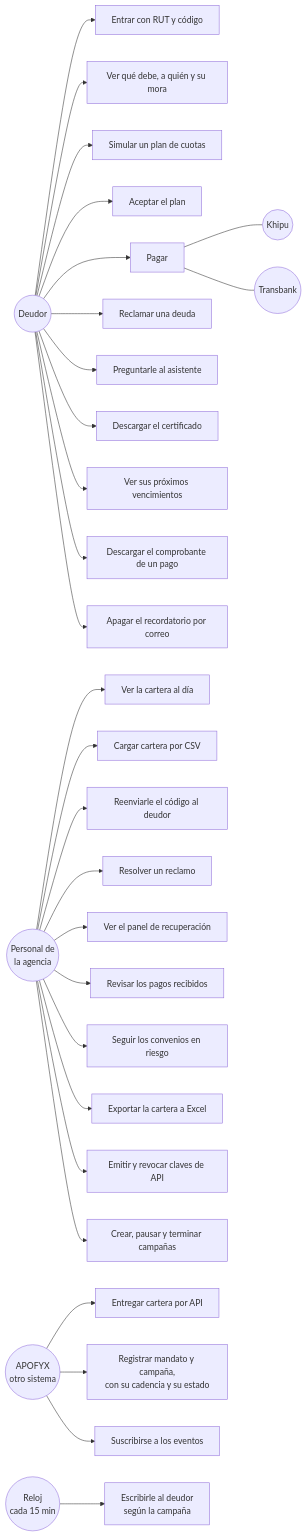
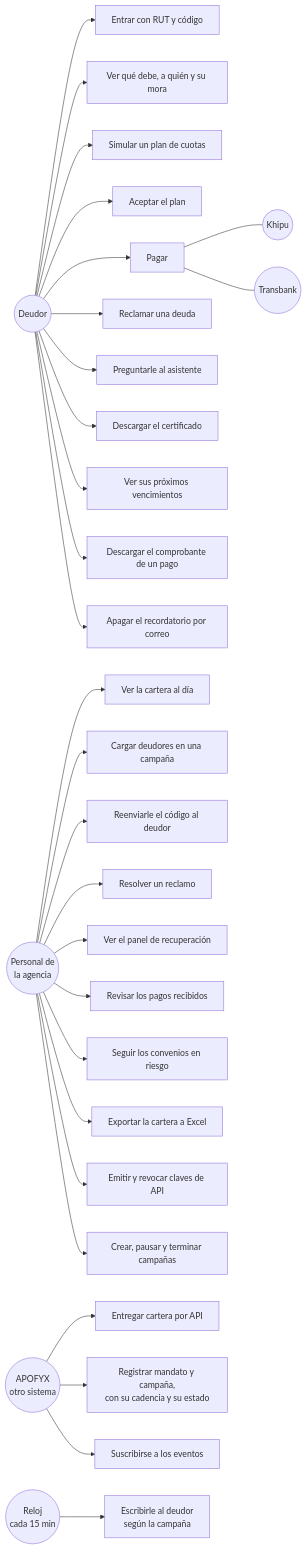
The fifth of 15 diagrams in README.md (TechnicalBridge/DataBridge), drawn with Mermaid before and after one commit. The commit also changed other lines of this file and 19 other files, not shown here.

Commit message:
feat(portal, ms-debt): Cargar la cartera dentro de una campaña, revisándola antes de confirmar

````diff
--- a/README.md
+++ b/README.md
@@ -1067,40 +1068,40 @@
 ```mermaid
 flowchart LR
     DEU(("Deudor"))
     EMP(("Personal de<br/>la agencia"))
     SIS(("APOFYX<br/>otro sistema"))
     KHP(("Khipu"))
     TBK(("Transbank"))
     REL(("Reloj<br/>cada 15 min"))
 
     DEU --> U1["Entrar con RUT y código"]
     DEU --> U2["Ver qué debe, a quién y su mora"]
     DEU --> U3["Simular un plan de cuotas"]
     DEU --> U4["Aceptar el plan"]
     DEU --> U5["Pagar"]
     DEU --> U22["Reclamar una deuda"]
     DEU --> U6["Preguntarle al asistente"]
     DEU --> U7["Descargar el certificado"]
     DEU --> U15["Ver sus próximos vencimientos"]
     DEU --> U16["Descargar el comprobante de un pago"]
     DEU --> U17["Apagar el recordatorio por correo"]
     U5 --- KHP
     U5 --- TBK
 
     EMP --> U8["Ver la cartera al día"]
-    EMP --> U9["Cargar cartera por CSV"]
+    EMP --> U9["Cargar deudores en una campaña"]
     EMP --> U10["Reenviarle el código al deudor"]
     EMP --> U23["Resolver un reclamo"]
     EMP --> U11["Ver el panel de recuperación"]
     EMP --> U18["Revisar los pagos recibidos"]
     EMP --> U19["Seguir los convenios en riesgo"]
     EMP --> U20["Exportar la cartera a Excel"]
     EMP --> U21["Emitir y revocar claves de API"]
     EMP --> U25["Crear, pausar y terminar campañas"]
 
     SIS --> U12["Entregar cartera por API"]
     SIS --> U13["Registrar mandato y campaña,<br/>con su cadencia y su estado"]
     SIS --> U14["Suscribirse a los eventos"]
 
     REL --> U24["Escribirle al deudor<br/>según la campaña"]
 ```
````
